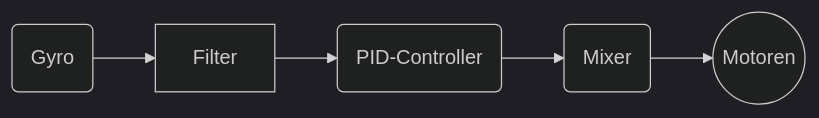
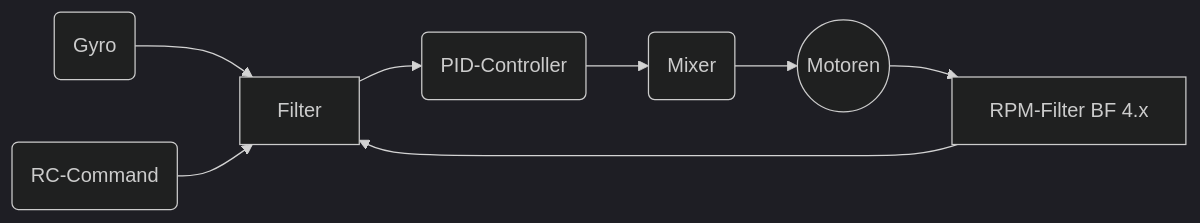
Before and after one commit to mrRobot62/lunax.betaflight.doc: the diagram in docs/index.md, drawn with Mermaid (dark theme).

Commit message:
Mermaid-Update

````diff
--- a/docs/index.md
+++ b/docs/index.md
@@ -53,8 +53,11 @@
 ```mermaid
 graph LR
 	GY(Gyro) --> FLT[Filter]
+	RC(RC-Command) -->FLT
 	FLT --> PID(PID-Controller)
 	PID --> MIX(Mixer)
 	MIX --> MOT((Motoren))
+	MOT --> RPM[RPM-Filter BF 4.x]
+	RPM --> FLT
 
 ```
````
